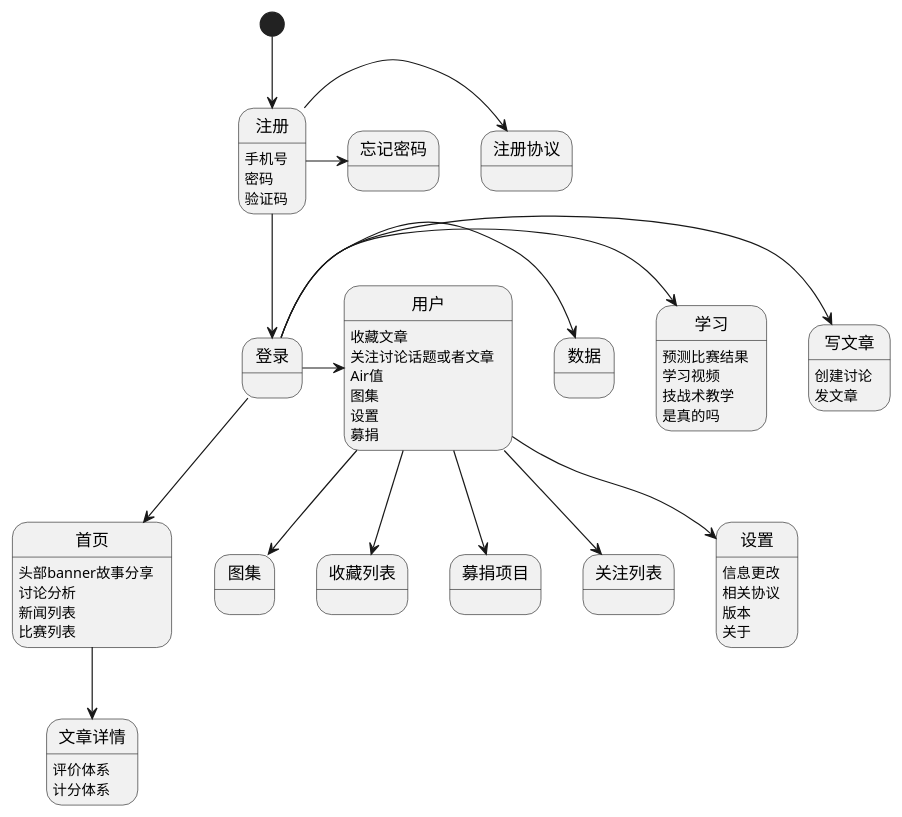
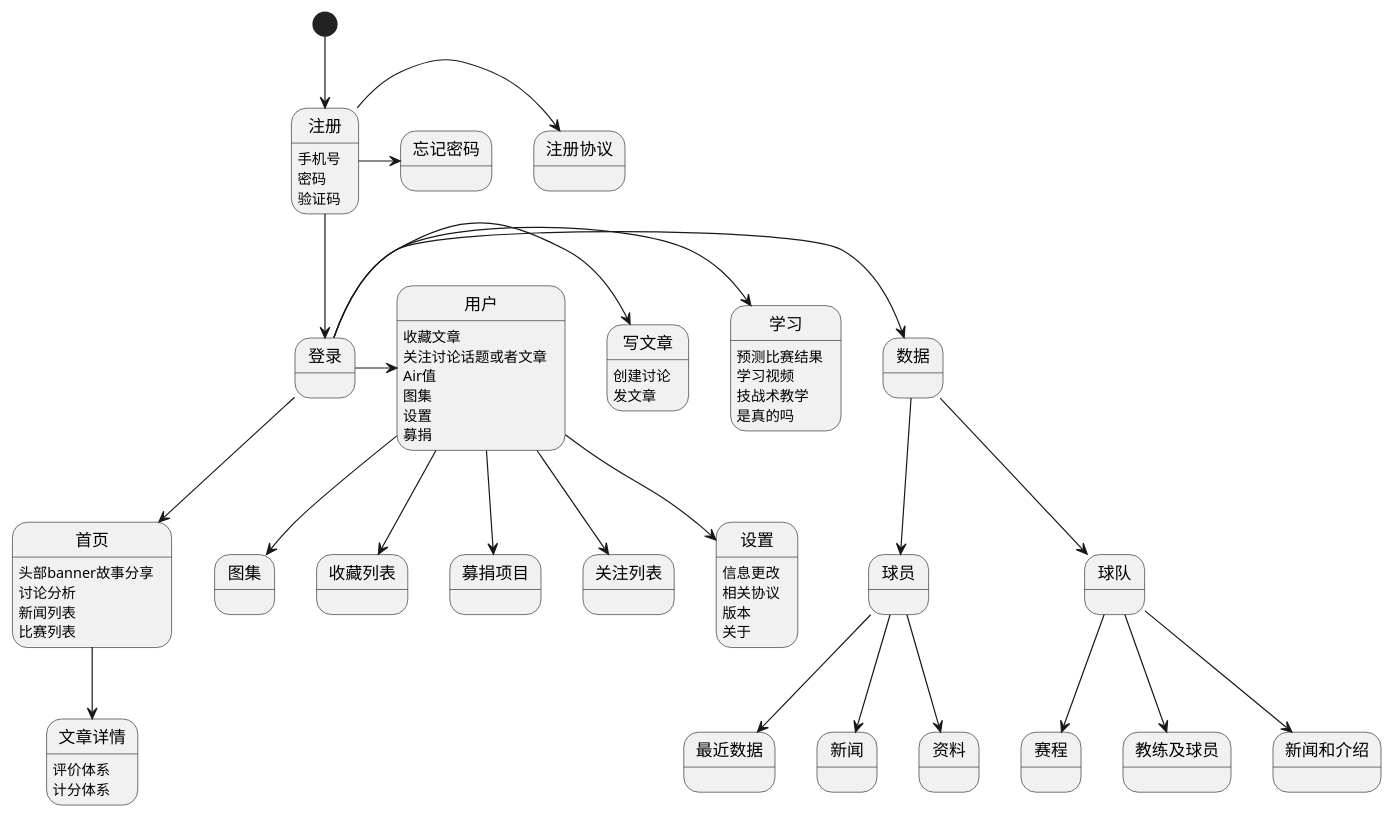
The diagram in wiki/design/功能设计.wsd (Lanttcat/AirBall), drawn with PlantUML before and after one commit.

```diff
--- a/wiki/design/功能设计.wsd
+++ b/wiki/design/功能设计.wsd
@@ -1,52 +1,64 @@
 @startuml
 
 [*] --> 注册 
 注册: 手机号
 注册: 密码
 注册: 验证码
 注册 -> 忘记密码
 注册 -> 注册协议
 注册 --> 登录
 
 登录 --> 首页
 登录 -> 数据
 登录 -> 写文章
 登录 -> 学习
 登录 -> 用户
 
 首页: 头部banner故事分享
 首页: 讨论分析
 首页: 新闻列表
 首页: 比赛列表
 
 首页 --> 文章详情
 
 文章详情: 评价体系
 文章详情: 计分体系
 
 写文章: 创建讨论
 写文章: 发文章
 
 学习: 预测比赛结果
 学习: 学习视频
 学习: 技战术教学
 学习: 是真的吗
 
 用户: 收藏文章
 用户: 关注讨论话题或者文章
 用户: Air值
 用户: 图集
 用户: 设置
 用户: 募捐
 
 用户 --> 设置
 用户 --> 图集
 用户 --> 收藏列表
 用户 --> 募捐项目
 用户 --> 关注列表
 
 设置: 信息更改
 设置: 相关协议
 设置: 版本
 设置: 关于
+
+数据 --> 球员
+数据 --> 球队
+
+球员 --> 资料
+球员 --> 最近数据
+球员 --> 新闻
+
+球队 --> 新闻和介绍
+球队 --> 赛程
+球队 --> 教练及球员
+
 @enduml
```
